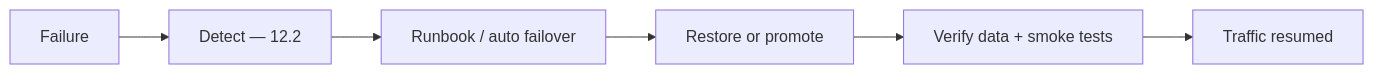
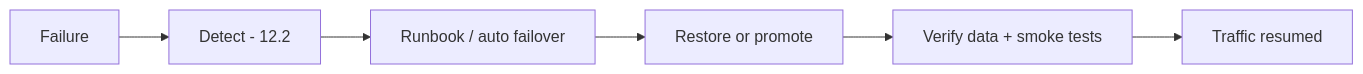
One commit to hareramcse/SystemDesign changed diagram 16 of 21 in 12-reliability-engineering/README.md. Above: the diagram before and after it, drawn with Mermaid. The commit also changed other lines of this file, not shown here.

````diff
--- a/12-reliability-engineering/README.md
+++ b/12-reliability-engineering/README.md
@@ -1005,8 +1116,8 @@
 ```mermaid
 flowchart LR
-    Fail[Failure] --> Detect[Detect — 12.2]
+    Fail[Failure] --> Detect[Detect - 12.2]
     Detect --> Decide[Runbook / auto failover]
     Decide --> Recover[Restore or promote]
     Recover --> Validate[Verify data + smoke tests]
     Validate --> Online[Traffic resumed]
 ```
````
